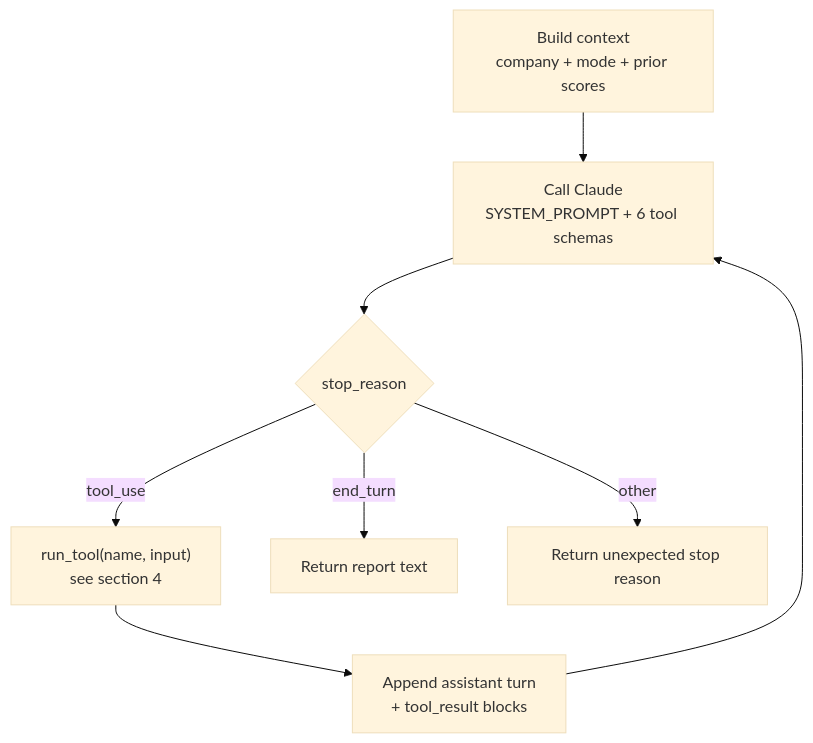
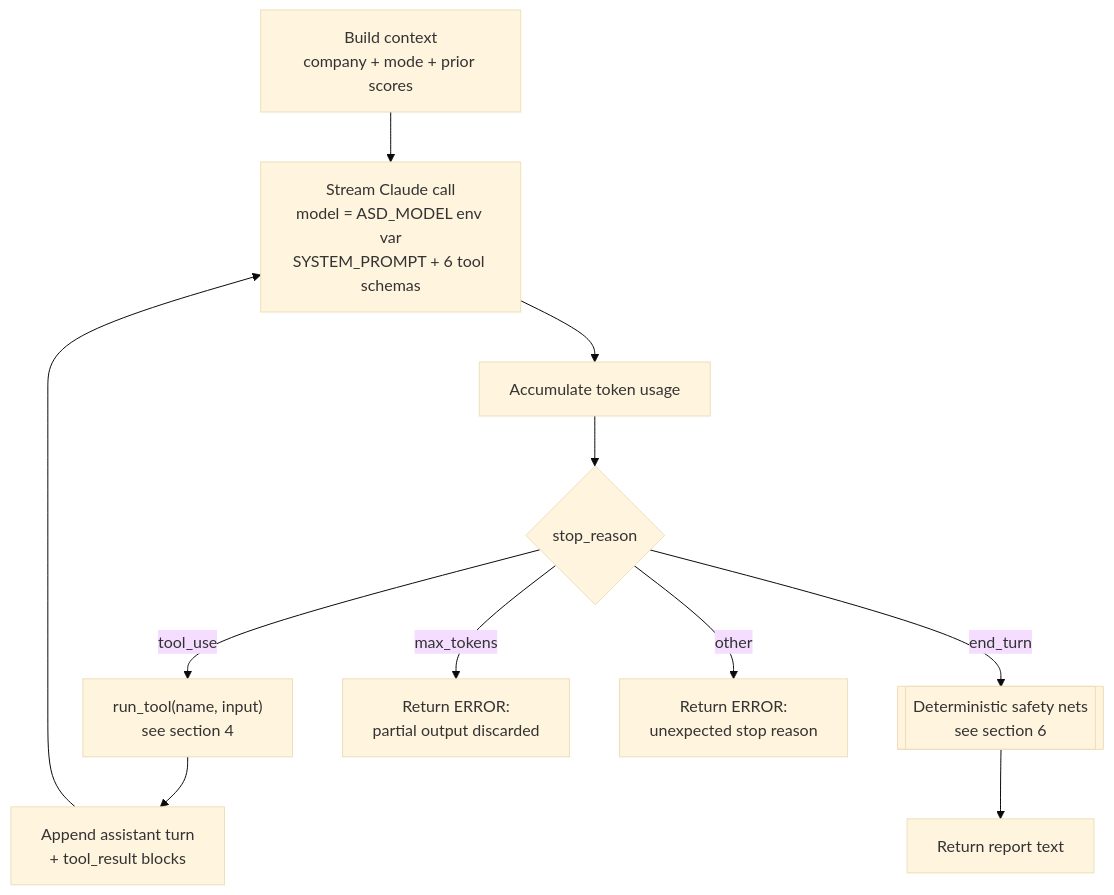
Before and after one commit to dwnjuguna/AI-Stack-Doctor: the second of 7 diagrams in ARCHITECTURE.md, drawn with Mermaid (base theme). The commit also changed other lines of this file, not shown here.

Commit message:
Update architecture doc to match v4.1 main

````diff
--- a/ARCHITECTURE.md
+++ b/ARCHITECTURE.md
@@ -36,10 +40,13 @@
 ```mermaid
 flowchart TD
     START["Build context<br/>company + mode + prior scores"] --> CALL
-    CALL["Call Claude<br/>SYSTEM_PROMPT + 6 tool schemas"] --> STOP{"stop_reason"}
+    CALL["Stream Claude call<br/>model = ASD_MODEL env var<br/>SYSTEM_PROMPT + 6 tool schemas"] --> USAGE["Accumulate token usage"]
+    USAGE --> STOP{"stop_reason"}
     STOP -->|tool_use| RT["run_tool(name, input)<br/>see section 4"]
     RT --> APPEND["Append assistant turn<br/>+ tool_result blocks"]
     APPEND --> CALL
-    STOP -->|end_turn| REPORT["Return report text"]
-    STOP -->|other| ERR["Return unexpected stop reason"]
+    STOP -->|end_turn| NETS[["Deterministic safety nets<br/>see section 6"]]
+    NETS --> REPORT["Return report text"]
+    STOP -->|max_tokens| ERR1["Return ERROR:<br/>partial output discarded"]
+    STOP -->|other| ERR2["Return ERROR:<br/>unexpected stop reason"]
 ```
````
